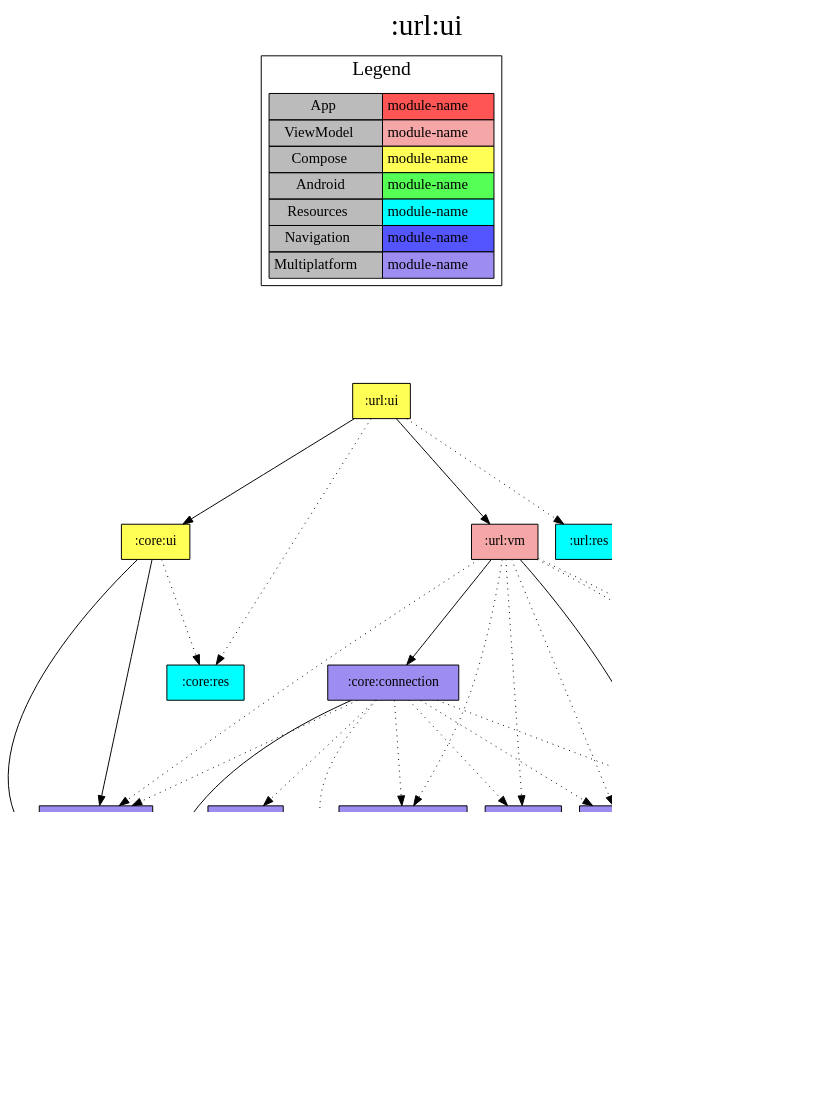
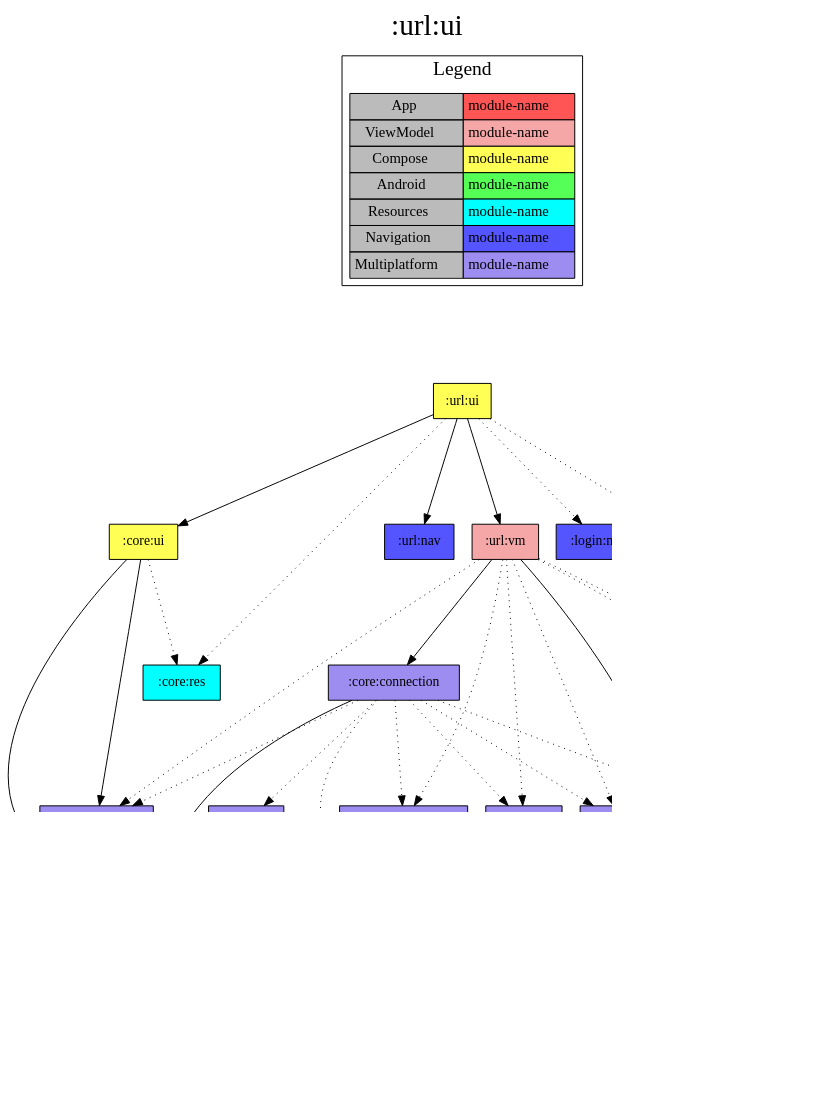
The diagram in modules/url/ui/project-dependency-graph.dot (jonapoul/aktual), drawn with Graphviz before and after one commit. The commit also changed 55 other files, not shown here.

```diff
--- a/modules/url/ui/project-dependency-graph.dot
+++ b/modules/url/ui/project-dependency-graph.dot
@@ -1,68 +1,72 @@
 digraph {
 edge ["dir"="forward"]
 graph ["dpi"="100","label"=":url:ui","labelloc"="t","fontsize"="30","ranksep"="1.5","rankdir"="TB"]
 node ["style"="filled"]
 ":url:ui" ["fillcolor"="#FFFF55","shape"="box"]
 ":core:ui" ["fillcolor"="#FFFF55","shape"="box"]
 ":core:versions" ["fillcolor"="#9D8DF1","shape"="box"]
 ":core:buildconfig" ["fillcolor"="#9D8DF1","shape"="box"]
 ":url:model" ["fillcolor"="#9D8DF1","shape"="box"]
 ":core:res" ["fillcolor"="#00FFFF","shape"="box"]
+":url:nav" ["fillcolor"="#5555FF","shape"="box"]
 ":url:vm" ["fillcolor"="#F5A6A6","shape"="box"]
 ":core:connection" ["fillcolor"="#9D8DF1","shape"="box"]
 ":api:client" ["fillcolor"="#9D8DF1","shape"="box"]
 ":api:model" ["fillcolor"="#9D8DF1","shape"="box"]
 ":login:model" ["fillcolor"="#9D8DF1","shape"="box"]
 ":api:json" ["fillcolor"="#9D8DF1","shape"="box"]
 ":core:coroutines" ["fillcolor"="#9D8DF1","shape"="box"]
 ":core:log" ["fillcolor"="#9D8DF1","shape"="box"]
 ":url:prefs" ["fillcolor"="#9D8DF1","shape"="box"]
+":login:nav" ["fillcolor"="#5555FF","shape"="box"]
 ":url:res" ["fillcolor"="#00FFFF","shape"="box"]
 {
 edge ["dir"="none"]
 graph ["rank"="same"]
 }
 ":url:ui" -> ":core:ui"
+":url:ui" -> ":url:nav"
 ":url:ui" -> ":url:vm"
 ":url:ui" -> ":core:res" ["style"="dotted"]
+":url:ui" -> ":login:nav" ["style"="dotted"]
 ":url:ui" -> ":url:res" ["style"="dotted"]
 ":core:ui" -> ":core:versions"
 ":core:ui" -> ":url:model"
 ":core:ui" -> ":core:res" ["style"="dotted"]
 ":core:versions" -> ":core:buildconfig"
 ":url:vm" -> ":core:connection"
 ":url:vm" -> ":url:model"
 ":url:vm" -> ":api:client" ["style"="dotted"]
 ":url:vm" -> ":api:model" ["style"="dotted"]
 ":url:vm" -> ":core:coroutines" ["style"="dotted"]
 ":url:vm" -> ":core:log" ["style"="dotted"]
 ":url:vm" -> ":core:versions" ["style"="dotted"]
 ":url:vm" -> ":url:prefs" ["style"="dotted"]
 ":core:connection" -> ":core:buildconfig"
 ":core:connection" -> ":api:client" ["style"="dotted"]
 ":core:connection" -> ":api:json" ["style"="dotted"]
 ":core:connection" -> ":core:coroutines" ["style"="dotted"]
 ":core:connection" -> ":core:log" ["style"="dotted"]
 ":core:connection" -> ":core:versions" ["style"="dotted"]
 ":core:connection" -> ":url:model" ["style"="dotted"]
 ":core:connection" -> ":url:prefs" ["style"="dotted"]
 ":api:client" -> ":api:model"
 ":api:client" -> ":url:model"
 ":api:model" -> ":login:model"
 ":url:prefs" -> ":url:model"
 subgraph "cluster_legend" {
 edge ["dir"="none"]
 graph ["label"="Legend","fontsize"="20"]
 "Legend" ["style"="filled","fillcolor"="#bbbbbb","shape"="none","margin"="0","fontsize"="15","label"=<
 <TABLE BORDER="0" CELLBORDER="1" CELLSPACING="0" CELLPADDING="4">
 <TR><TD>App</TD><TD BGCOLOR="#FF5555">module-name</TD></TR>
 <TR><TD>ViewModel</TD><TD BGCOLOR="#F5A6A6">module-name</TD></TR>
 <TR><TD>Compose</TD><TD BGCOLOR="#FFFF55">module-name</TD></TR>
 <TR><TD>Android</TD><TD BGCOLOR="#55FF55">module-name</TD></TR>
 <TR><TD>Resources</TD><TD BGCOLOR="#00FFFF">module-name</TD></TR>
 <TR><TD>Navigation</TD><TD BGCOLOR="#5555FF">module-name</TD></TR>
 <TR><TD>Multiplatform</TD><TD BGCOLOR="#9D8DF1">module-name</TD></TR>
 </TABLE>
 >]
 } -> ":url:ui" ["style"="invis"]
 }
```
